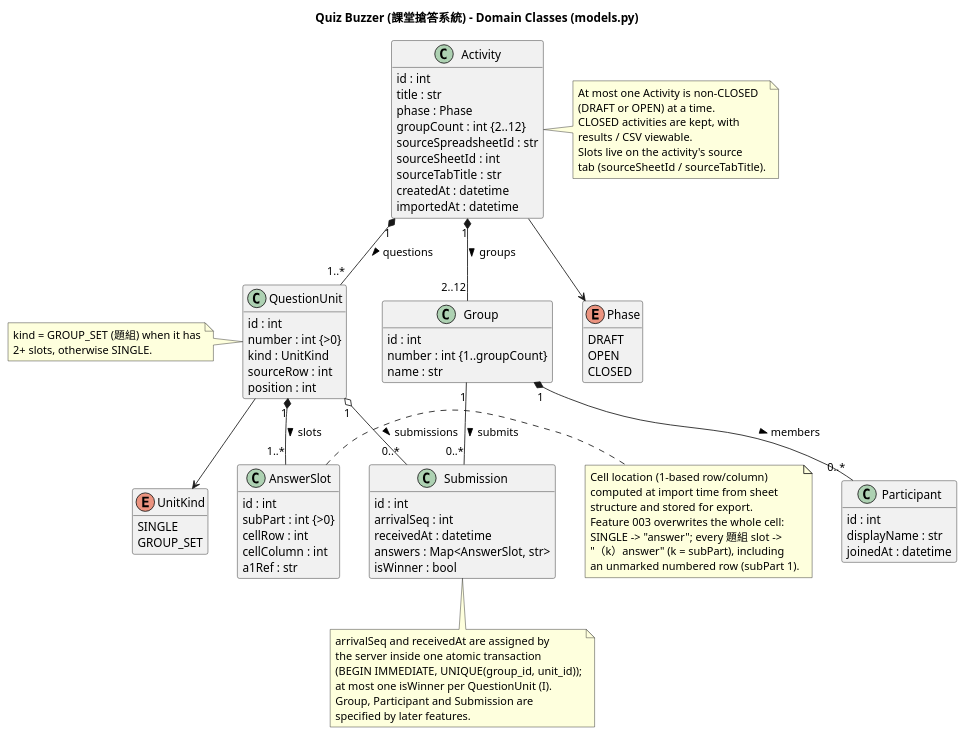
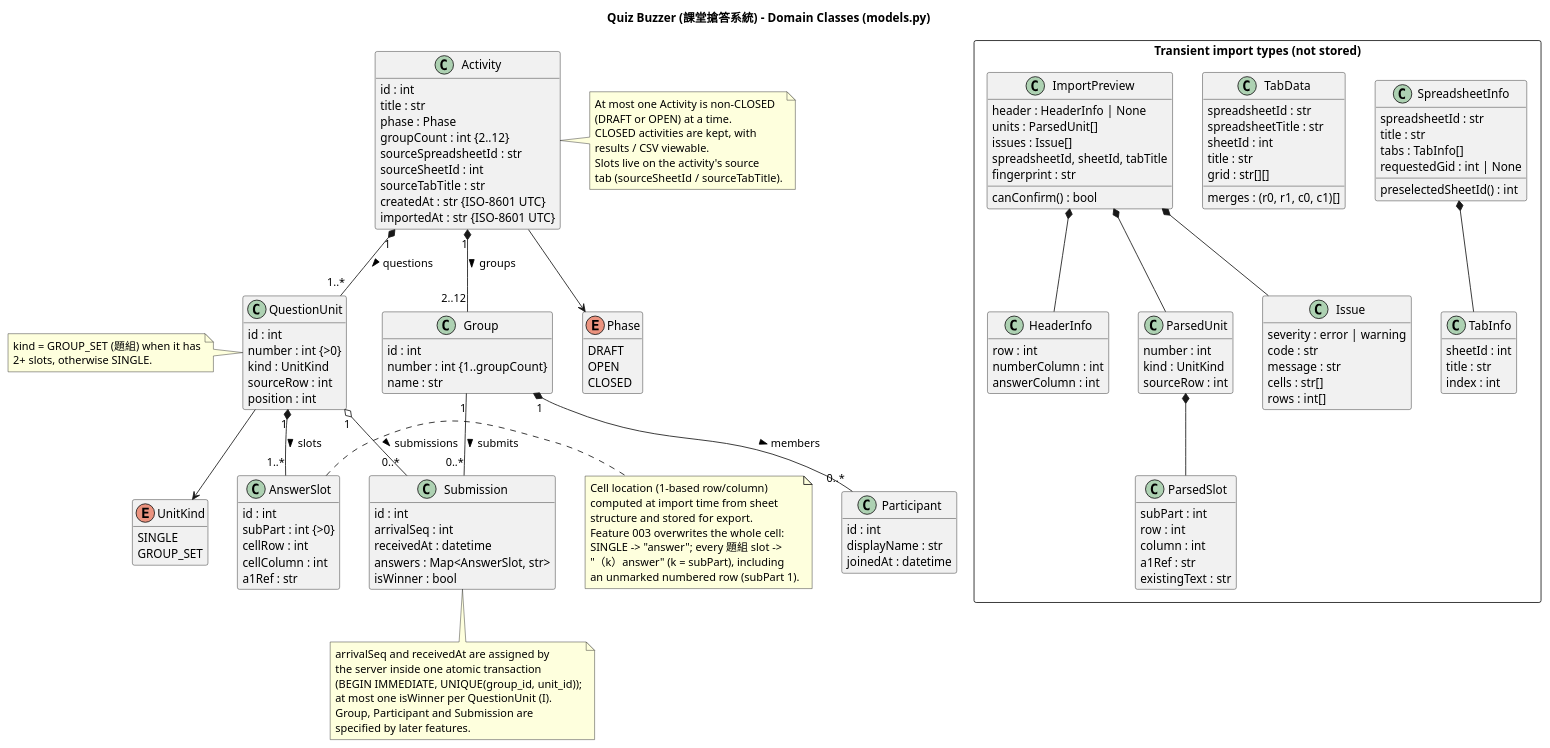
The diagram in diagrams/domain-class.puml (WasabiSaikou/quiz-buzzer), drawn with PlantUML before and after one commit. The commit also changed 11 other files, not shown here.

First line of the commit message:
chore(001): Phase 6 polish - log hygiene, perf, verification records, diagram check

```diff
--- a/diagrams/domain-class.puml
+++ b/diagrams/domain-class.puml
@@ -1,108 +1,169 @@
 @startuml domain-class
 title Quiz Buzzer (課堂搶答系統) - Domain Classes (models.py)
 
 skinparam shadowing false
 skinparam defaultFontName "Microsoft JhengHei"
 hide empty methods
 
 enum Phase {
   DRAFT
   OPEN
   CLOSED
 }
 
 enum UnitKind {
   SINGLE
   GROUP_SET
 }
 
 class Activity {
   id : int
   title : str
   phase : Phase
   groupCount : int {2..12}
   sourceSpreadsheetId : str
   sourceSheetId : int
   sourceTabTitle : str
-  createdAt : datetime
-  importedAt : datetime
+  createdAt : str {ISO-8601 UTC}
+  importedAt : str {ISO-8601 UTC}
 }
 
 class QuestionUnit {
   id : int
   number : int {>0}
   kind : UnitKind
   sourceRow : int
   position : int
 }
 
 class AnswerSlot {
   id : int
   subPart : int {>0}
   cellRow : int
   cellColumn : int
   a1Ref : str
 }
 
 class Group {
   id : int
   number : int {1..groupCount}
   name : str
 }
 
 class Participant {
   id : int
   displayName : str
   joinedAt : datetime
 }
 
 class Submission {
   id : int
   arrivalSeq : int
   receivedAt : datetime
   answers : Map<AnswerSlot, str>
   isWinner : bool
 }
 
 Activity "1" *-- "1..*" QuestionUnit : questions >
 QuestionUnit "1" *-- "1..*" AnswerSlot : slots >
 Activity "1" *-- "2..12" Group : groups >
 Group "1" *-- "0..*" Participant : members >
 QuestionUnit "1" o-- "0..*" Submission : submissions >
 Group "1" -- "0..*" Submission : submits >
 Activity --> Phase
 QuestionUnit --> UnitKind
 
 note right of Activity
   At most one Activity is non-CLOSED
   (DRAFT or OPEN) at a time.
   CLOSED activities are kept, with
   results / CSV viewable.
   Slots live on the activity's source
   tab (sourceSheetId / sourceTabTitle).
 end note
 
 note right of AnswerSlot
   Cell location (1-based row/column)
   computed at import time from sheet
   structure and stored for export.
   Feature 003 overwrites the whole cell:
   SINGLE -> "answer"; every 題組 slot ->
   "（k）answer" (k = subPart), including
   an unmarked numbered row (subPart 1).
 end note
 
 note bottom of Submission
   arrivalSeq and receivedAt are assigned by
   the server inside one atomic transaction
   (BEGIN IMMEDIATE, UNIQUE(group_id, unit_id));
   at most one isWinner per QuestionUnit (I).
   Group, Participant and Submission are
   specified by later features.
 end note
 
 note left of QuestionUnit
   kind = GROUP_SET (題組) when it has
   2+ slots, otherwise SINGLE.
 end note
+
+package "Transient import types (not stored)" <<Rectangle>> {
+  class SpreadsheetInfo {
+    spreadsheetId : str
+    title : str
+    tabs : TabInfo[]
+    requestedGid : int | None
+    preselectedSheetId() : int
+  }
+  class TabInfo {
+    sheetId : int
+    title : str
+    index : int
+  }
+  class TabData {
+    spreadsheetId : str
+    spreadsheetTitle : str
+    sheetId : int
+    title : str
+    grid : str[][]
+    merges : (r0, r1, c0, c1)[]
+  }
+  class ImportPreview {
+    header : HeaderInfo | None
+    units : ParsedUnit[]
+    issues : Issue[]
+    spreadsheetId, sheetId, tabTitle
+    fingerprint : str
+    canConfirm() : bool
+  }
+  class HeaderInfo {
+    row : int
+    numberColumn : int
+    answerColumn : int
+  }
+  class ParsedUnit {
+    number : int
+    kind : UnitKind
+    sourceRow : int
+  }
+  class ParsedSlot {
+    subPart : int
+    row : int
+    column : int
+    a1Ref : str
+    existingText : str
+  }
+  class Issue {
+    severity : error | warning
+    code : str
+    message : str
+    cells : str[]
+    rows : int[]
+  }
+}
+
+SpreadsheetInfo *-- TabInfo
+ImportPreview *-- HeaderInfo
+ImportPreview *-- ParsedUnit
+ImportPreview *-- Issue
+ParsedUnit *-- ParsedSlot
 @enduml
```
